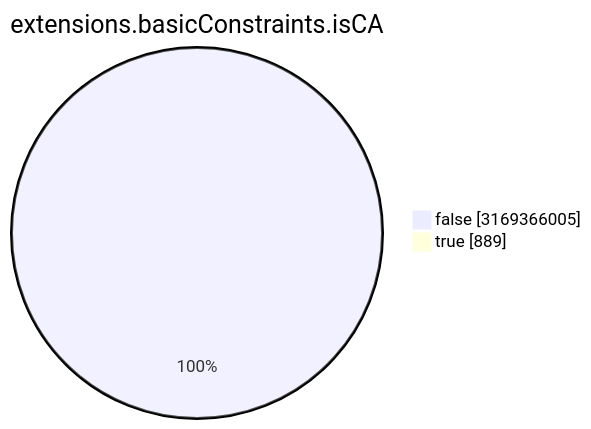
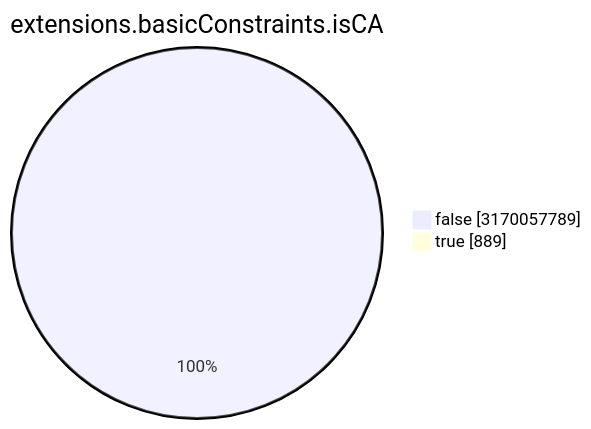
The seventh of 15 diagrams in TOTAL/README.md (christiankrug/ctmonitor_visualization), drawn with Mermaid before and after one commit. The commit also changed other lines of this file, not shown here.

````diff
--- a/TOTAL/README.md
+++ b/TOTAL/README.md
@@ -3088,6 +3088,6 @@
 ```mermaid
 pie showData
 title extensions.basicConstraints.isCA
-"false" :3169366005
+"false" :3170057789
 "true" :889
 ```
````
